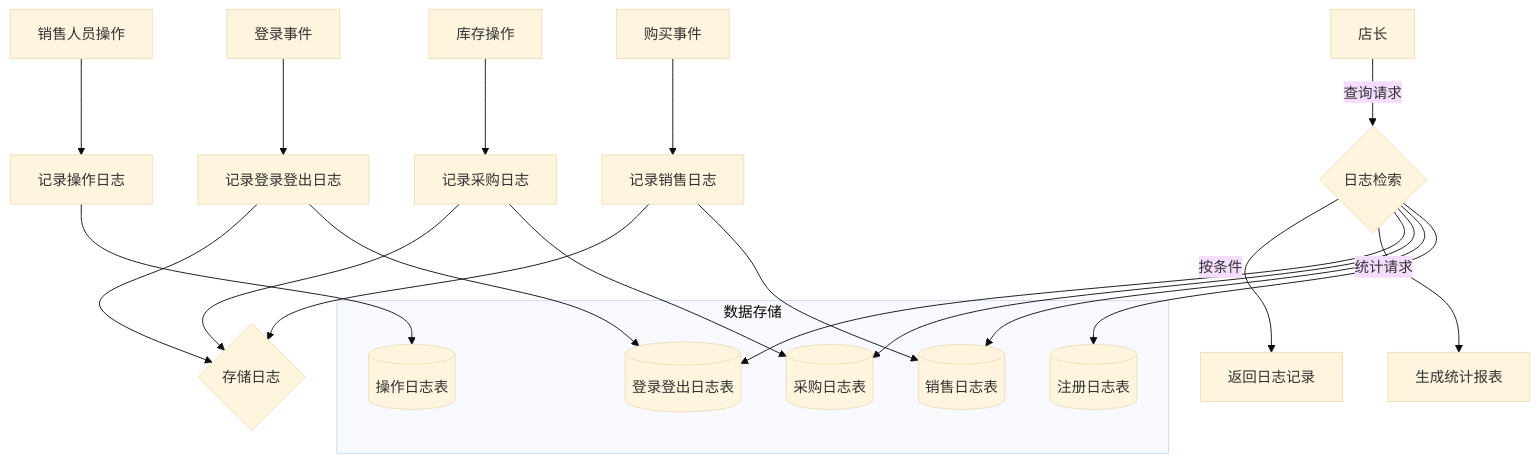
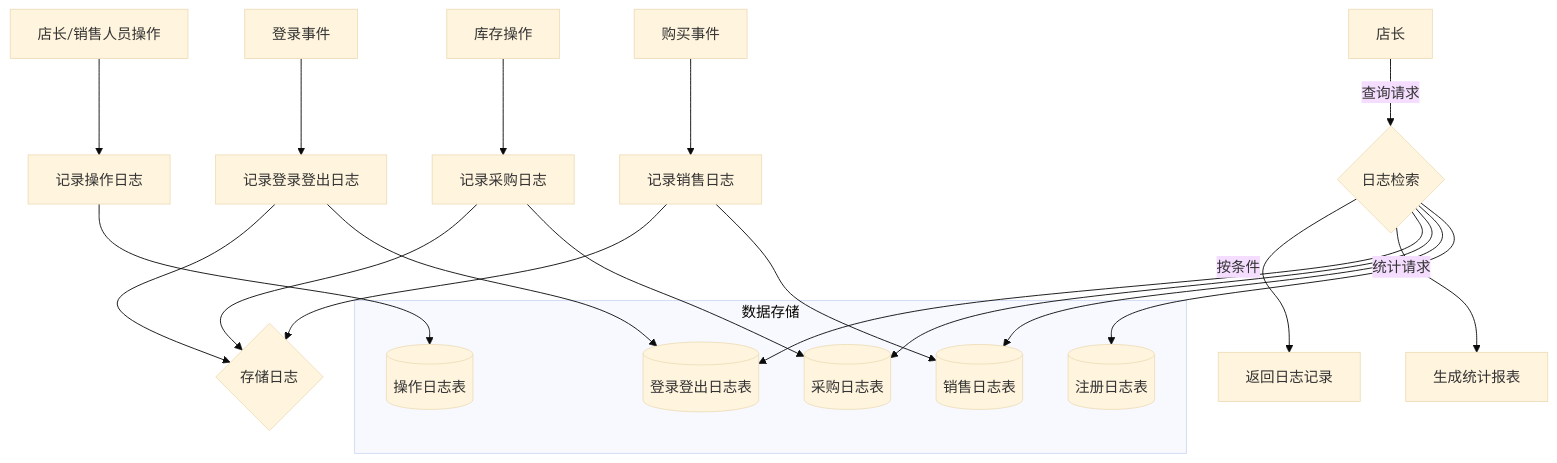
Before and after one commit to yuki-cjm/Bookstore-2025: the eighth of 8 diagrams in 需求分析文档.md, drawn with Mermaid (base theme). The commit also changed other lines of this file, not shown here.

````diff
--- a/需求分析文档.md
+++ b/需求分析文档.md
@@ -276,36 +286,36 @@
 ```mermaid
 graph TD
     A[登录事件] --> B[记录登录登出日志]
     B --> C{存储日志}
     
     D[购买事件] --> E[记录销售日志]
     E --> C
     
     F[库存操作] --> G[记录采购日志]
     G --> C
     
-    AA[销售人员操作] --> AB[记录操作日志]
+    AA[店长/销售人员操作] --> AB[记录操作日志]
     AB-->R
     
     J[店长] -->|查询请求| K{日志检索}
     K -->|按条件| L[返回日志记录]
     K -->|统计请求| M[生成统计报表]
 
     
     subgraph "数据存储"
         N[(登录登出日志表)]
         O[(采购日志表)]
         P[(销售日志表)]
         Q[(注册日志表)]
         R[(操作日志表)]
     end
     
     B --> N
     E --> P
     G --> O
     K --> N
     K --> O
     K --> P
     K --> Q
 
 ```
````
